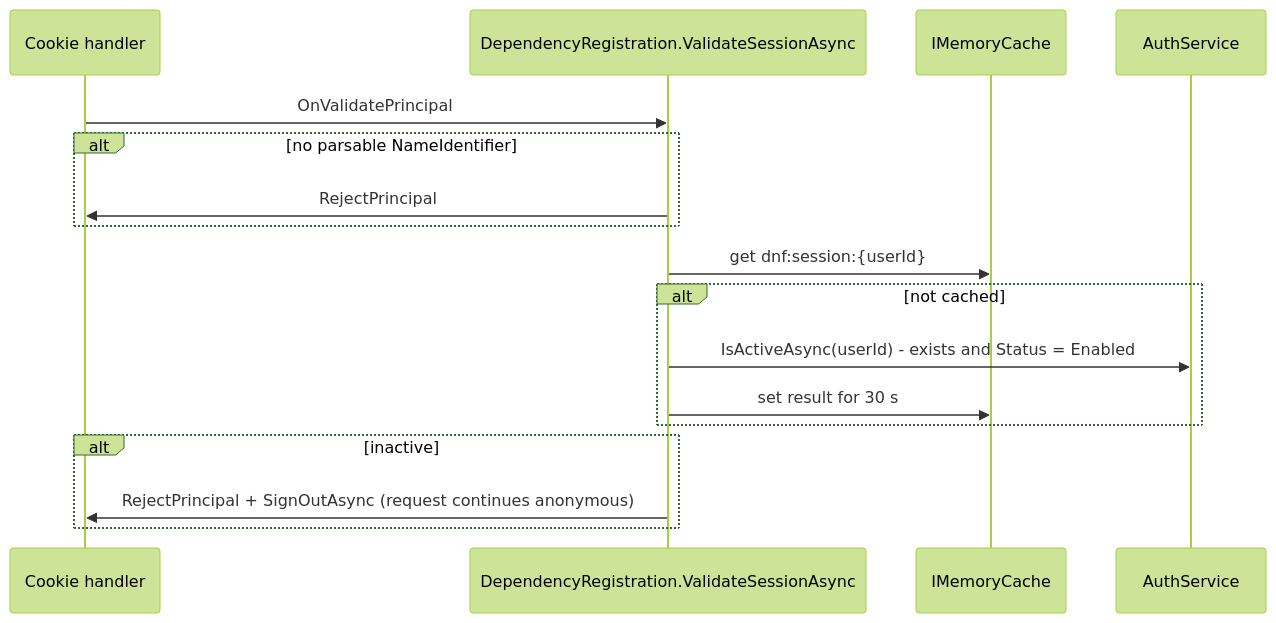
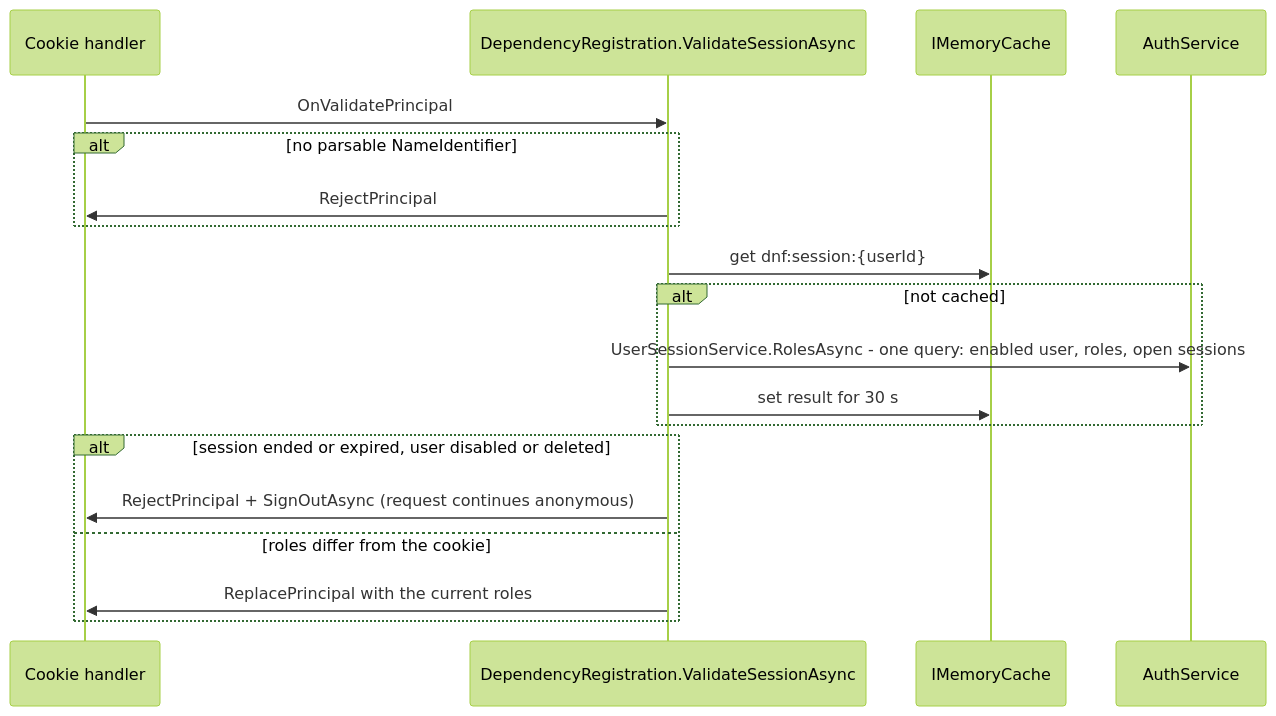
The fifth of 12 diagrams in .docs/architecture/data-flow.md (Albadit/DotNetForge), drawn with Mermaid (forest theme) before and after one commit. The commit also changed other lines of this file and 412 other files, not shown here.

````diff
--- a/.docs/architecture/data-flow.md
+++ b/.docs/architecture/data-flow.md
@@ -219,19 +219,21 @@
 ```mermaid
 sequenceDiagram
     participant C as Cookie handler
     participant V as DependencyRegistration.ValidateSessionAsync
     participant M as IMemoryCache
     participant AS as AuthService
     C->>V: OnValidatePrincipal
     alt no parsable NameIdentifier
         V->>C: RejectPrincipal
     end
     V->>M: get dnf:session:{userId}
     alt not cached
-        V->>AS: IsActiveAsync(userId) - exists and Status = Enabled
+        V->>AS: UserSessionService.RolesAsync - one query: enabled user, roles, open sessions
         V->>M: set result for 30 s
     end
-    alt inactive
+    alt session ended or expired, user disabled or deleted
         V->>C: RejectPrincipal + SignOutAsync (request continues anonymous)
+    else roles differ from the cookie
+        V->>C: ReplacePrincipal with the current roles
     end
 ```
````
